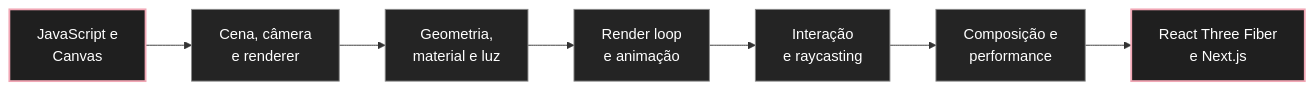
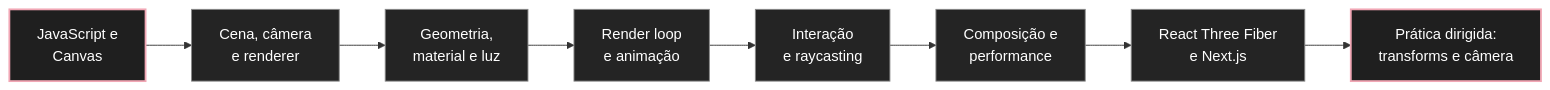
The diagram in javascript/07-threejs/00-Guia de estudos de Three.js.md (leorruas/programacao), drawn with Mermaid before and after one commit. The commit also changed other lines of this file, not shown here.

Commit message:
Integra trilha prática ao guia de Three.js

````diff
--- a/javascript/07-threejs/00-Guia de estudos de Three.js.md
+++ b/javascript/07-threejs/00-Guia de estudos de Three.js.md
@@ -21,14 +22,15 @@
 ```mermaid
 flowchart LR
     A["JavaScript e<br>Canvas"] --> B["Cena, câmera<br>e renderer"]
     B --> C["Geometria,<br>material e luz"]
     C --> D["Render loop<br>e animação"]
     D --> E["Interação<br>e raycasting"]
     E --> F["Composição e<br>performance"]
     F --> G["React Three Fiber<br>e Next.js"]
+    G --> H["Prática dirigida:<br>transforms e câmera"]
 
     classDef core fill:#1f1f1f,stroke:#f1a7b5,color:#fff,stroke-width:2px;
     classDef component fill:#242424,stroke:#888,color:#fff;
-    class A,G core;
-    class B,C,D,E,F component;
+    class A,H core;
+    class B,C,D,E,F,G component;
 ```
````
